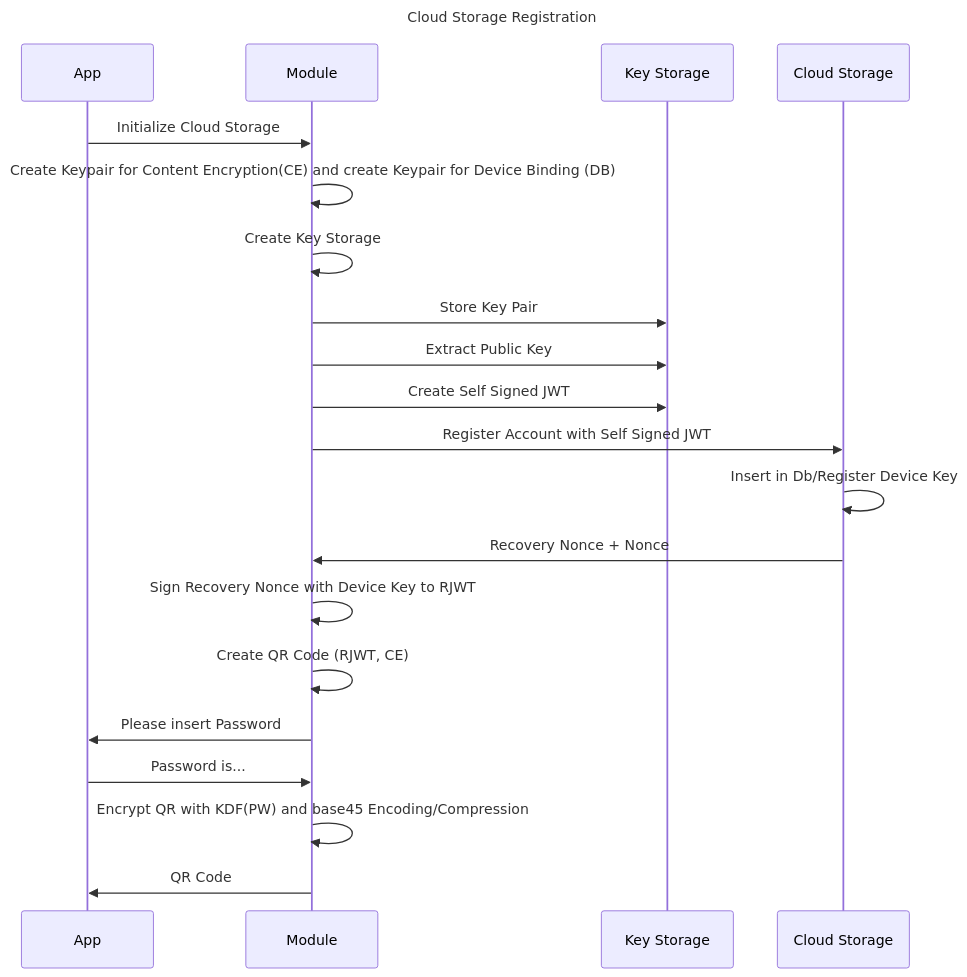
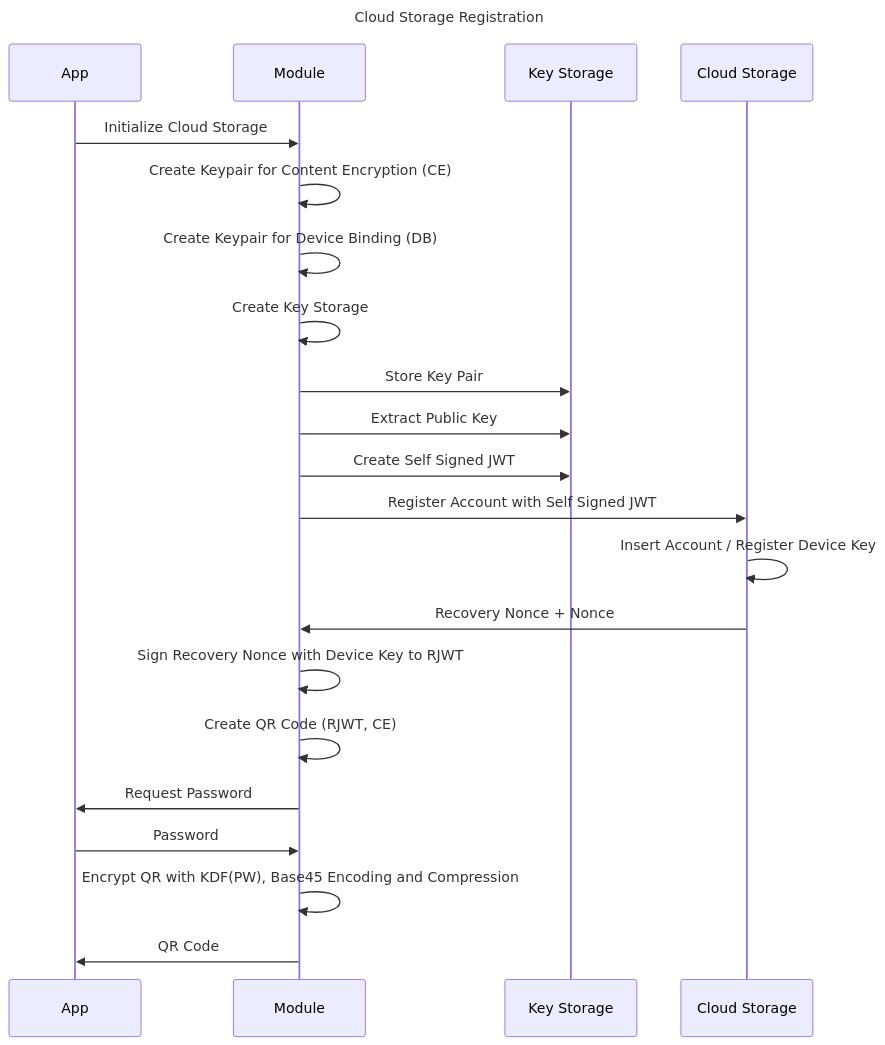
Before and after one commit to eclipse-xfsc/credential-storage-service: the first of 2 diagrams in README.md, drawn with Mermaid. The commit also changed other lines of this file and 5 other files, not shown here.

````diff
--- a/README.md
+++ b/README.md
@@ -43,19 +166,20 @@
 ```mermaid
 sequenceDiagram
 title Cloud Storage Registration
-App->>Module:Initialize Cloud Storage
-Module->>Module:Create Keypair for Content Encryption(CE) and create Keypair for Device Binding (DB)
+App->>Module: Initialize Cloud Storage
+Module->>Module: Create Keypair for Content Encryption (CE)
+Module->>Module: Create Keypair for Device Binding (DB)
 Module->>Module: Create Key Storage
 Module->>Key Storage: Store Key Pair
 Module->>Key Storage: Extract Public Key
 Module->>Key Storage: Create Self Signed JWT
 Module->>Cloud Storage: Register Account with Self Signed JWT
-Cloud Storage->>Cloud Storage: Insert in Db/Register Device Key
+Cloud Storage->>Cloud Storage: Insert Account / Register Device Key
 Cloud Storage->>Module: Recovery Nonce + Nonce
 Module->>Module: Sign Recovery Nonce with Device Key to RJWT
 Module->>Module: Create QR Code (RJWT, CE)
-Module->>App: Please insert Password
-App->>Module:Password is...
-Module->>Module: Encrypt QR with KDF(PW) and base45 Encoding/Compression
+Module->>App: Request Password
+App->>Module: Password
+Module->>Module: Encrypt QR with KDF(PW), Base45 Encoding and Compression
 Module->>App: QR Code
 ```
````
